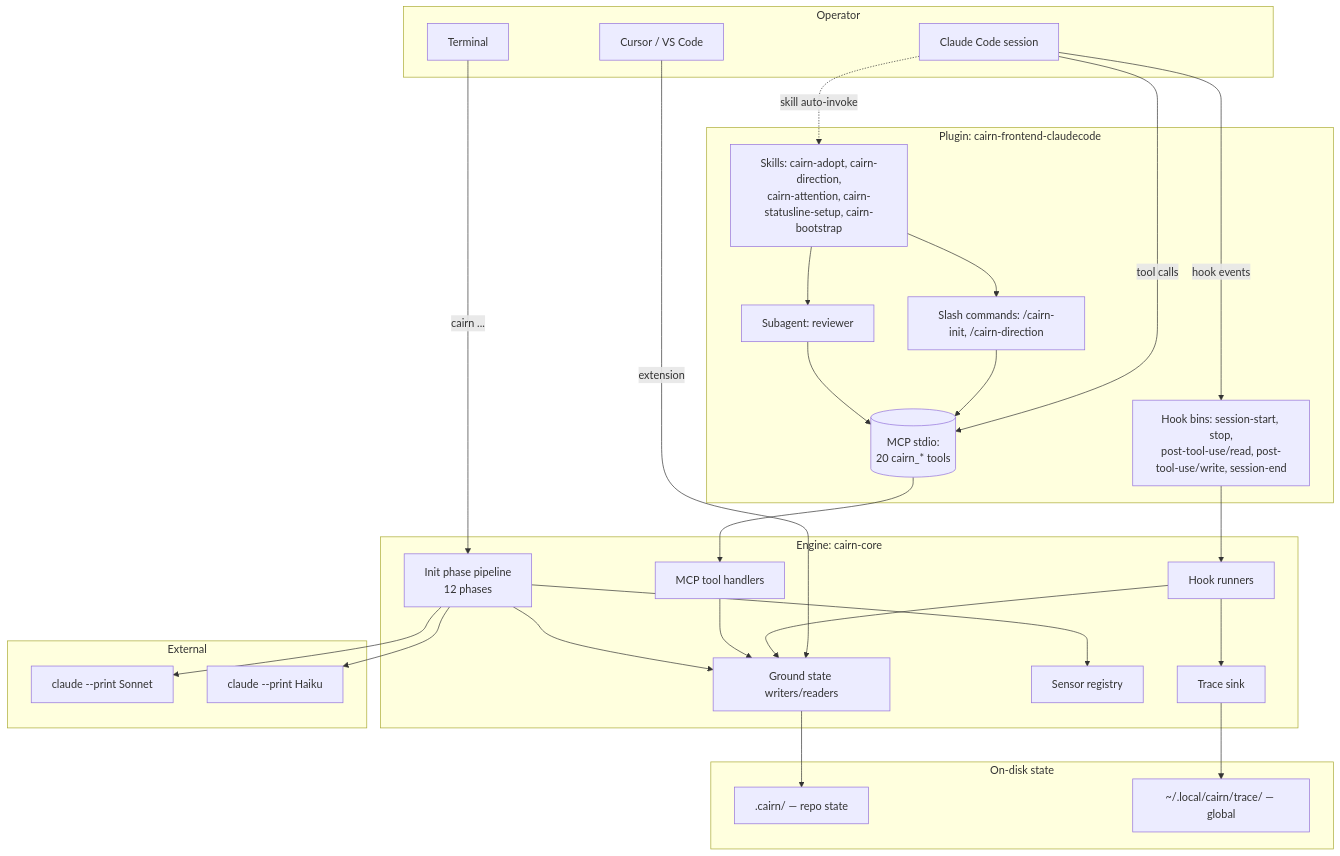
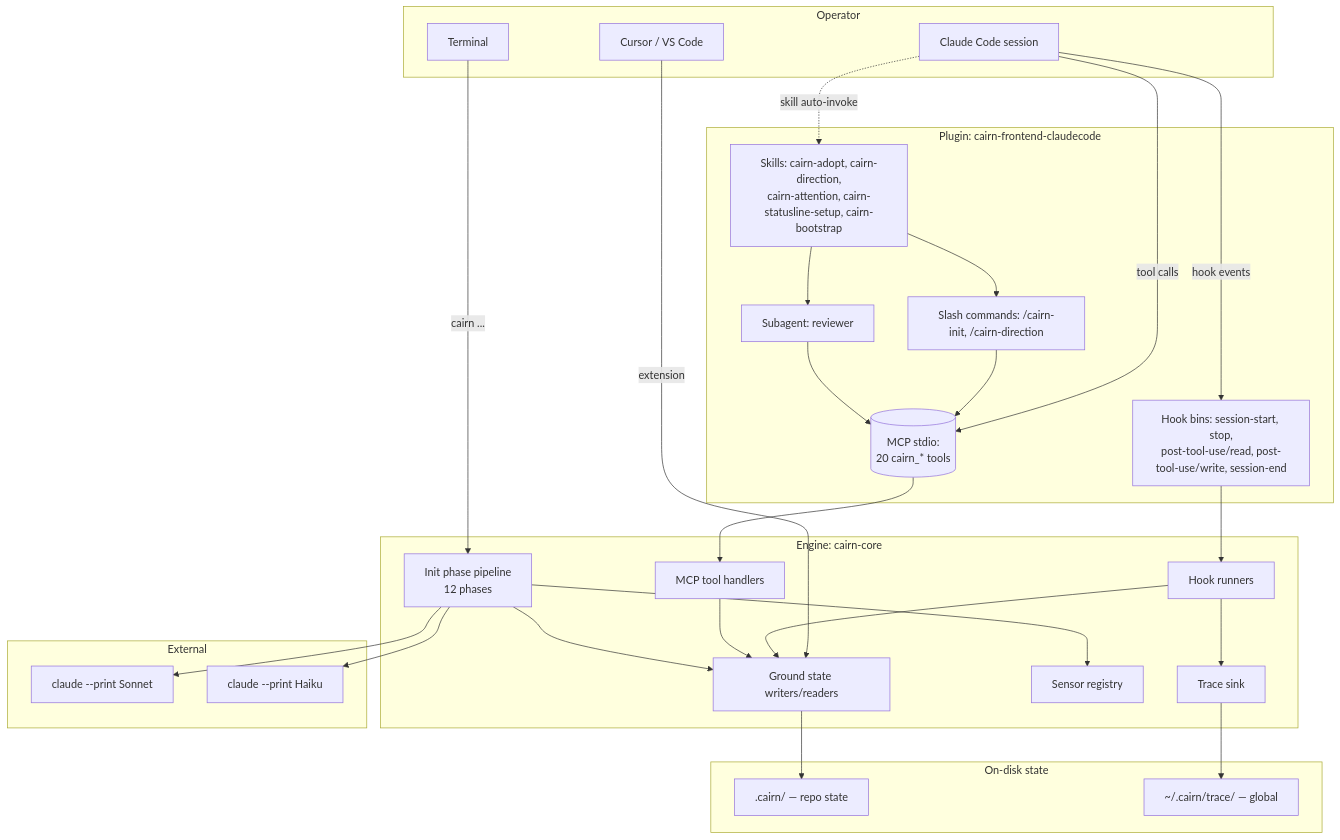
The first of 3 diagrams in docs/SYSTEM_OVERVIEW.md (isaacriehm/cairn), drawn with Mermaid before and after one commit. The commit also changed other lines of this file and 80 other files, not shown here.

````diff
--- a/docs/SYSTEM_OVERVIEW.md
+++ b/docs/SYSTEM_OVERVIEW.md
@@ -36,56 +36,56 @@
 ```mermaid
 graph TB
   subgraph Operator
     CC[Claude Code session]
     Editor[Cursor / VS Code]
     Term[Terminal]
   end
 
   subgraph "Plugin: cairn-frontend-claudecode"
     Skills[Skills: cairn-adopt, cairn-direction,<br/>cairn-attention, cairn-statusline-setup, cairn-bootstrap]
     Cmds[Slash commands: /cairn-init, /cairn-direction]
     Agent[Subagent: reviewer]
     HookBins[Hook bins: session-start, stop,<br/>post-tool-use/read, post-tool-use/write, session-end]
     MCP[(MCP stdio:<br/>20 cairn_* tools)]
   end
 
   subgraph "Engine: cairn-core"
     Runners[Hook runners]
     Tools[MCP tool handlers]
     Init[Init phase pipeline<br/>12 phases]
     Ground[Ground state writers/readers]
     Sensors[Sensor registry]
     Trace[Trace sink]
   end
 
   subgraph "On-disk state"
     Cairn[".cairn/ — repo state"]
-    Local["~/.local/cairn/trace/ — global"]
+    Local["~/.cairn/trace/ — global"]
   end
 
   subgraph "External"
     Sonnet[claude --print Sonnet]
     Haiku[claude --print Haiku]
   end
 
   CC -->|hook events| HookBins
   CC -->|tool calls| MCP
   CC -.skill auto-invoke.-> Skills
   Term -->|cairn ...| Init
   Editor -->|extension| Ground
   Skills --> Cmds
   Skills --> Agent
   HookBins --> Runners
   MCP --> Tools
   Cmds --> MCP
   Agent --> MCP
   Runners --> Ground
   Runners --> Trace
   Tools --> Ground
   Init --> Ground
   Init --> Sensors
   Init --> Sonnet
   Init --> Haiku
   Ground --> Cairn
   Trace --> Local
 ```
````
